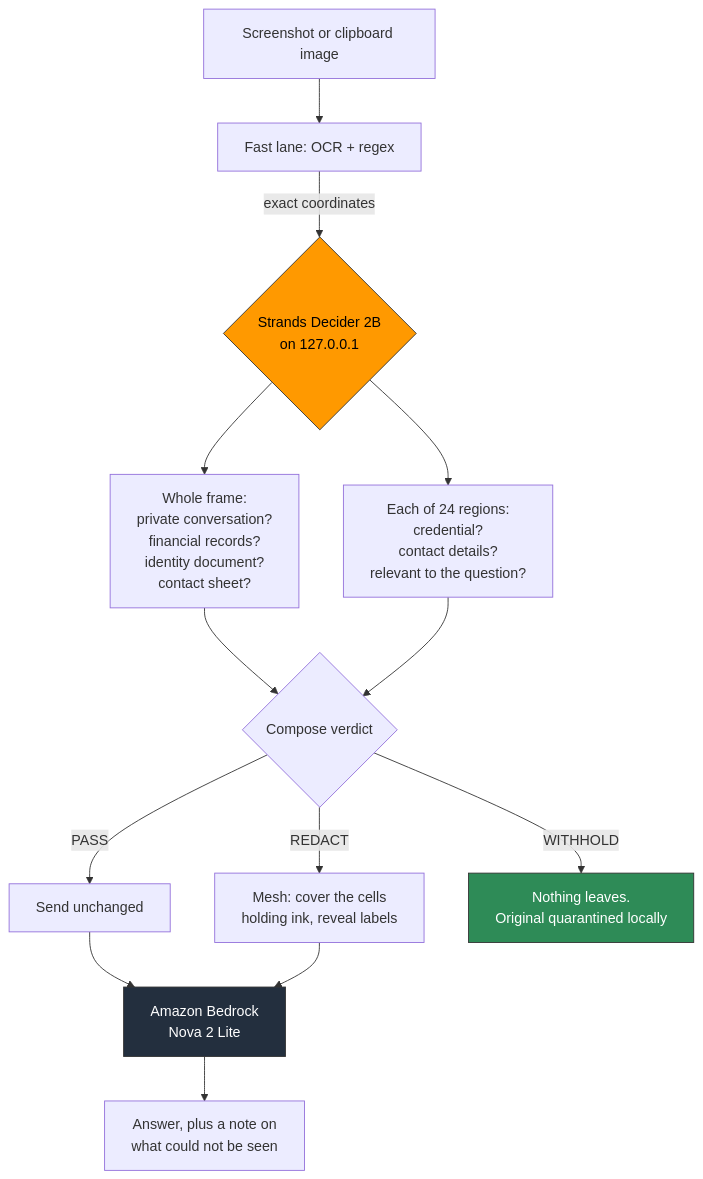
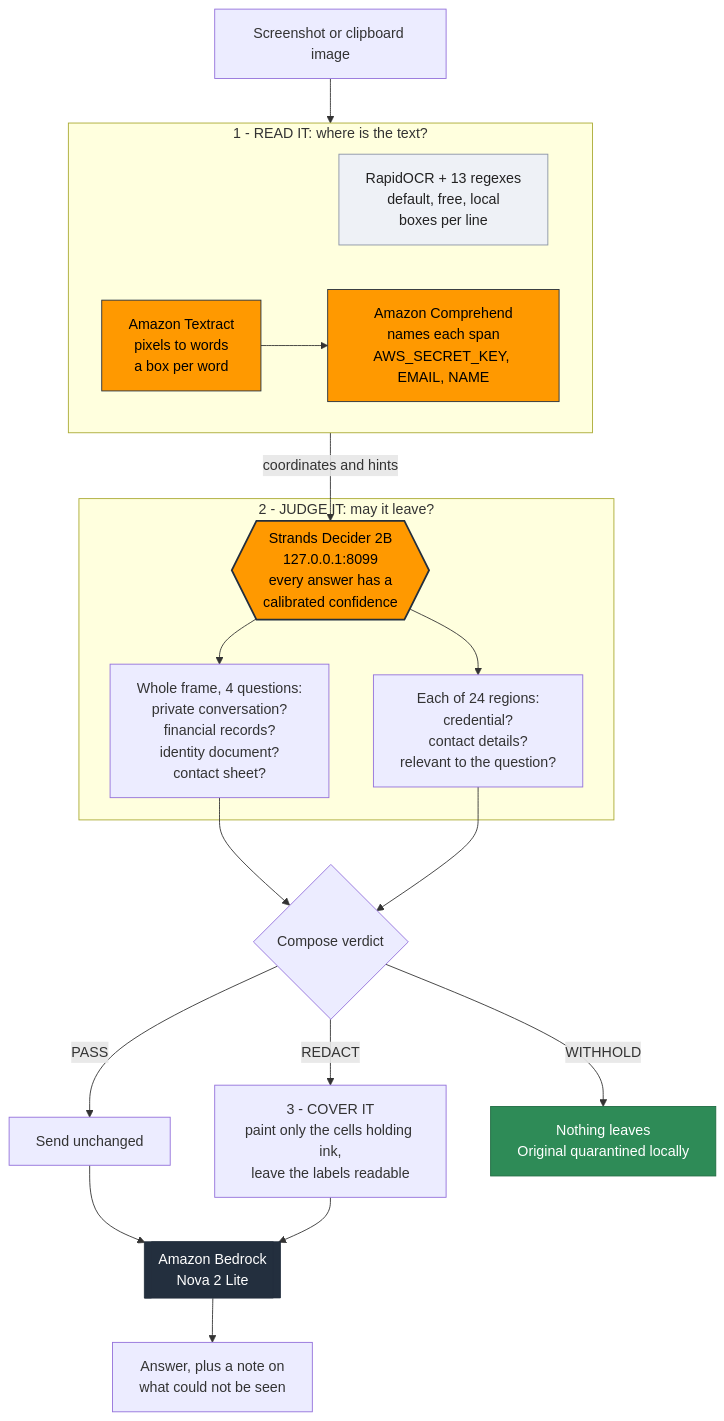
Before and after one commit to DeepikaSidda/SnapGuard: the diagram in README.md, drawn with Mermaid. The commit also changed other lines of this file, not shown here.

First line of the commit message:
Show Textract and Comprehend in both architecture diagrams

````diff
--- a/README.md
+++ b/README.md
@@ -101,23 +123,38 @@
 ```mermaid
 flowchart TD
-    A[Screenshot or clipboard image] --> B[Fast lane: OCR + regex]
-    B -->|exact coordinates| C{Strands Decider 2B<br/>on 127.0.0.1}
+    A[Screenshot or clipboard image] --> READ
 
-    C --> D[Whole frame:<br/>private conversation?<br/>financial records?<br/>identity document?<br/>contact sheet?]
-    C --> E[Each of 24 regions:<br/>credential?<br/>contact details?<br/>relevant to the question?]
+    subgraph READ["1 - READ IT: where is the text?"]
+        direction LR
+        B["RapidOCR + 13 regexes<br/>default, free, local<br/>boxes per line"]
+        T["Amazon Textract<br/>pixels to words<br/>a box per word"]
+        CM["Amazon Comprehend<br/>names each span<br/>AWS_SECRET_KEY, EMAIL, NAME"]
+        T --> CM
+    end
+
+    READ -->|coordinates and hints| C
+
+    subgraph JUDGE["2 - JUDGE IT: may it leave?"]
+        C{{"Strands Decider 2B<br/>127.0.0.1:8099<br/>every answer has a<br/>calibrated confidence"}}
+        C --> D["Whole frame, 4 questions:<br/>private conversation?<br/>financial records?<br/>identity document?<br/>contact sheet?"]
+        C --> E["Each of 24 regions:<br/>credential?<br/>contact details?<br/>relevant to the question?"]
+    end
 
     D --> F{Compose verdict}
     E --> F
 
     F -->|PASS| G[Send unchanged]
-    F -->|REDACT| H[Mesh: cover the cells<br/>holding ink, reveal labels]
-    F -->|WITHHOLD| I[Nothing leaves.<br/>Original quarantined locally]
+    F -->|REDACT| H["3 - COVER IT<br/>paint only the cells holding ink,<br/>leave the labels readable"]
+    F -->|WITHHOLD| I["Nothing leaves<br/>Original quarantined locally"]
 
-    G --> J[Amazon Bedrock<br/>Nova 2 Lite]
+    G --> J[["Amazon Bedrock<br/>Nova 2 Lite"]]
     H --> J
-    J --> K[Answer, plus a note on<br/>what could not be seen]
+    J --> K["Answer, plus a note on<br/>what could not be seen"]
 
-    style C fill:#ff9900,stroke:#333,color:#000
-    style J fill:#232f3e,stroke:#333,color:#fff
-    style I fill:#2e8b57,stroke:#333,color:#fff
+    style C fill:#ff9900,stroke:#232f3e,stroke-width:2px,color:#000
+    style T fill:#ff9900,stroke:#232f3e,color:#000
+    style CM fill:#ff9900,stroke:#232f3e,color:#000
+    style J fill:#232f3e,stroke:#232f3e,color:#fff
+    style I fill:#2e8b57,stroke:#1f6b41,color:#fff
+    style B fill:#eef1f6,stroke:#8a93a5,color:#222
 ```
````
